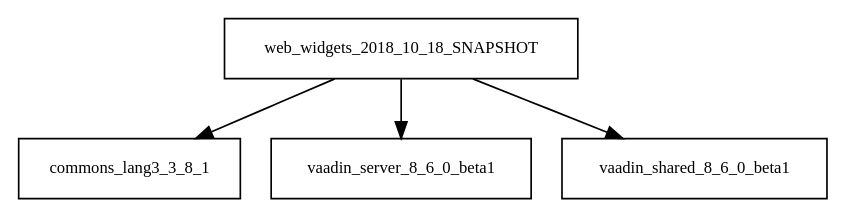
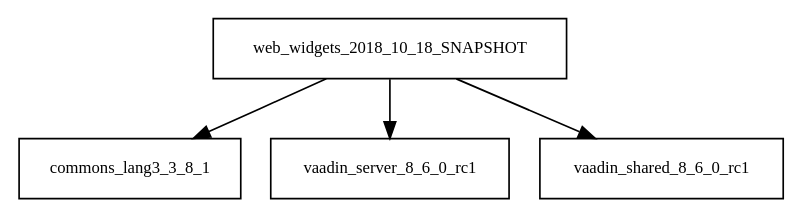
One commit to Hack23/cia changed the diagram in tattleTaleReport/graphviz/web-widgets-2018.10.18-SNAPSHOT.jar/web-widgets-2018.10.18-SNAPSHOT.jar.dot. Above: the diagram before and after it, drawn with Graphviz. The commit also changed 1393 other files, not shown here.

```diff
--- a/tattleTaleReport/graphviz/web-widgets-2018.10.18-SNAPSHOT.jar/web-widgets-2018.10.18-SNAPSHOT.jar.dot
+++ b/tattleTaleReport/graphviz/web-widgets-2018.10.18-SNAPSHOT.jar/web-widgets-2018.10.18-SNAPSHOT.jar.dot
@@ -1,6 +1,6 @@
 digraph web_widgets_2018_10_18_SNAPSHOT_dependencies {
   node [shape = box, fontsize=10.0];
   web_widgets_2018_10_18_SNAPSHOT -> commons_lang3_3_8_1;
-  web_widgets_2018_10_18_SNAPSHOT -> vaadin_server_8_6_0_beta1;
-  web_widgets_2018_10_18_SNAPSHOT -> vaadin_shared_8_6_0_beta1;
+  web_widgets_2018_10_18_SNAPSHOT -> vaadin_server_8_6_0_rc1;
+  web_widgets_2018_10_18_SNAPSHOT -> vaadin_shared_8_6_0_rc1;
 }
```
